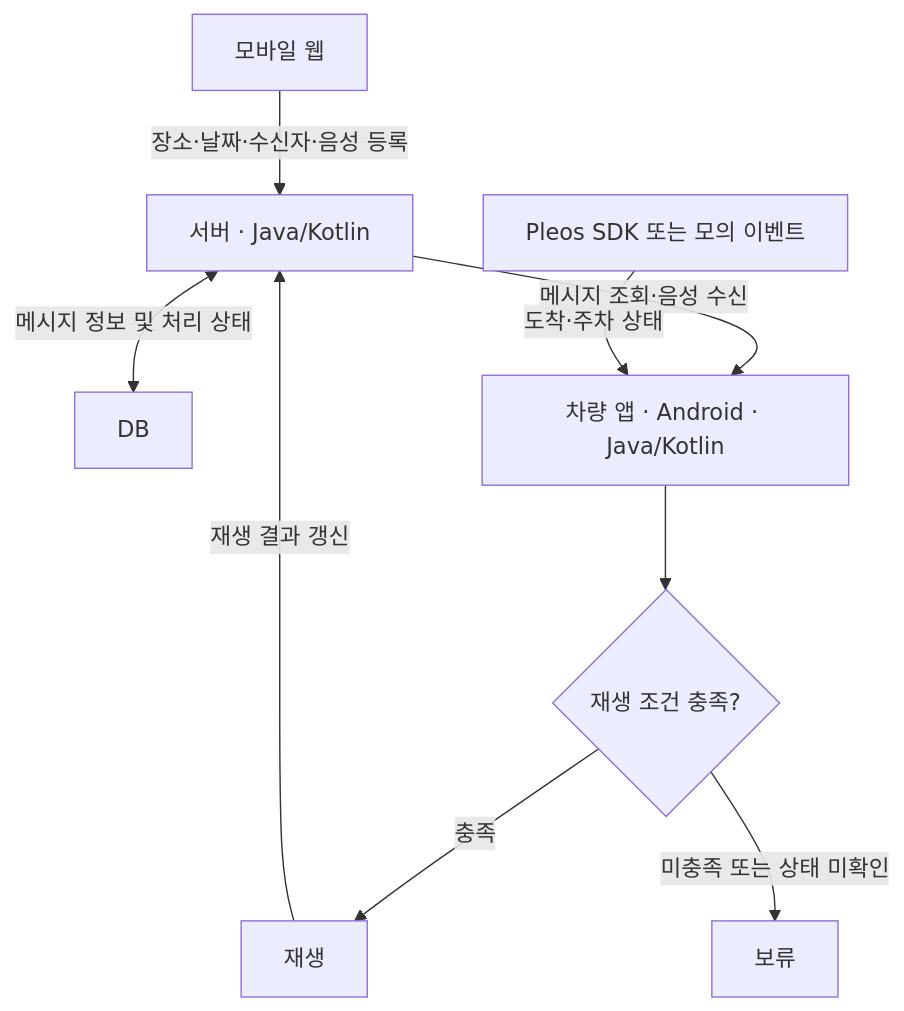
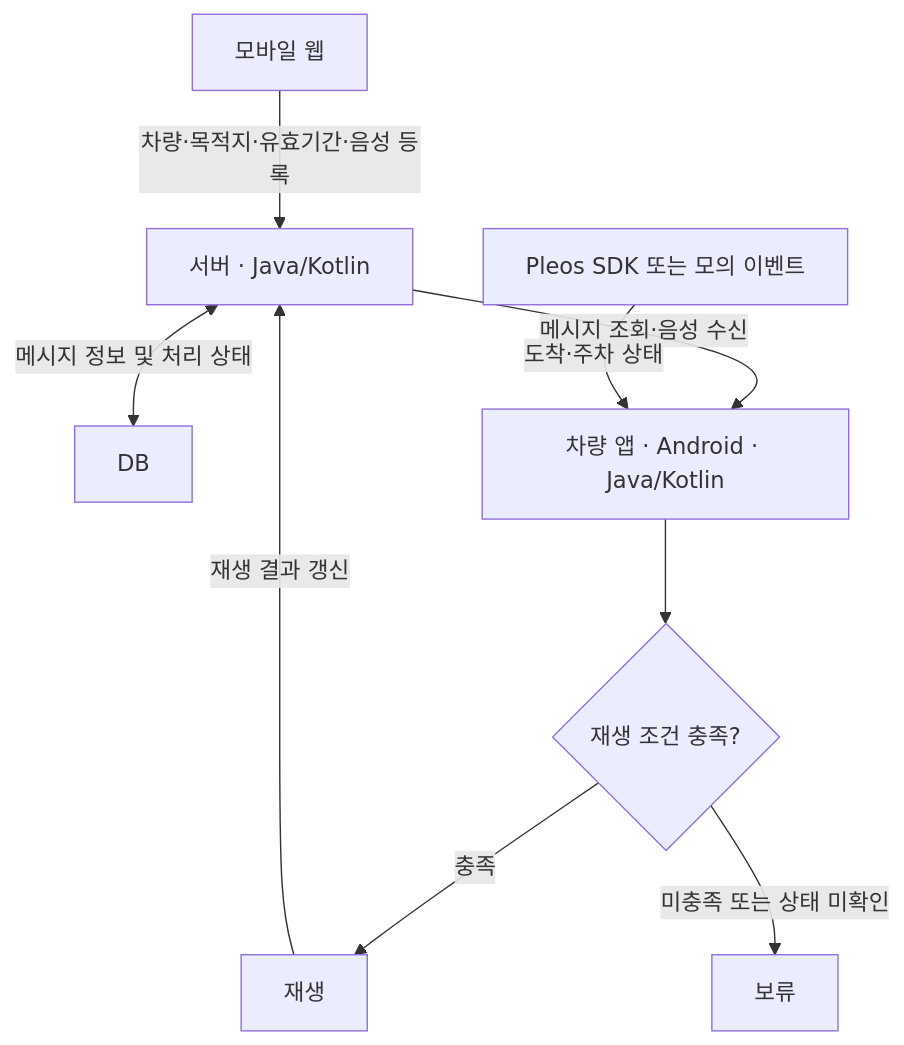
One commit to MIDES2/Hyundai-Project-chamamothanmal changed the diagram in README.md. Above: the diagram before and after it, drawn with Mermaid. The commit also changed other lines of this file and 6 other files, not shown here.

````diff
--- a/README.md
+++ b/README.md
@@ -27,11 +27,11 @@
 ```mermaid
 flowchart TD
-    Web["모바일 웹"] -->|"장소·날짜·수신자·음성 등록"| API["서버 · Java/Kotlin"]
+    Web["모바일 웹"] -->|"차량·목적지·유효기간·음성 등록"| API["서버 · Java/Kotlin"]
     API <-->|"메시지 정보 및 처리 상태"| DB["DB"]
     API -->|"메시지 조회·음성 수신"| App["차량 앱 · Android · Java/Kotlin"]
     Pleos["Pleos SDK 또는 모의 이벤트"] -->|"도착·주차 상태"| App
     App --> Check{"재생 조건 충족?"}
     Check -->|충족| Play["재생"]
     Check -->|미충족 또는 상태 미확인| Hold["보류"]
     Play -->|"재생 결과 갱신"| API
 ```
````
